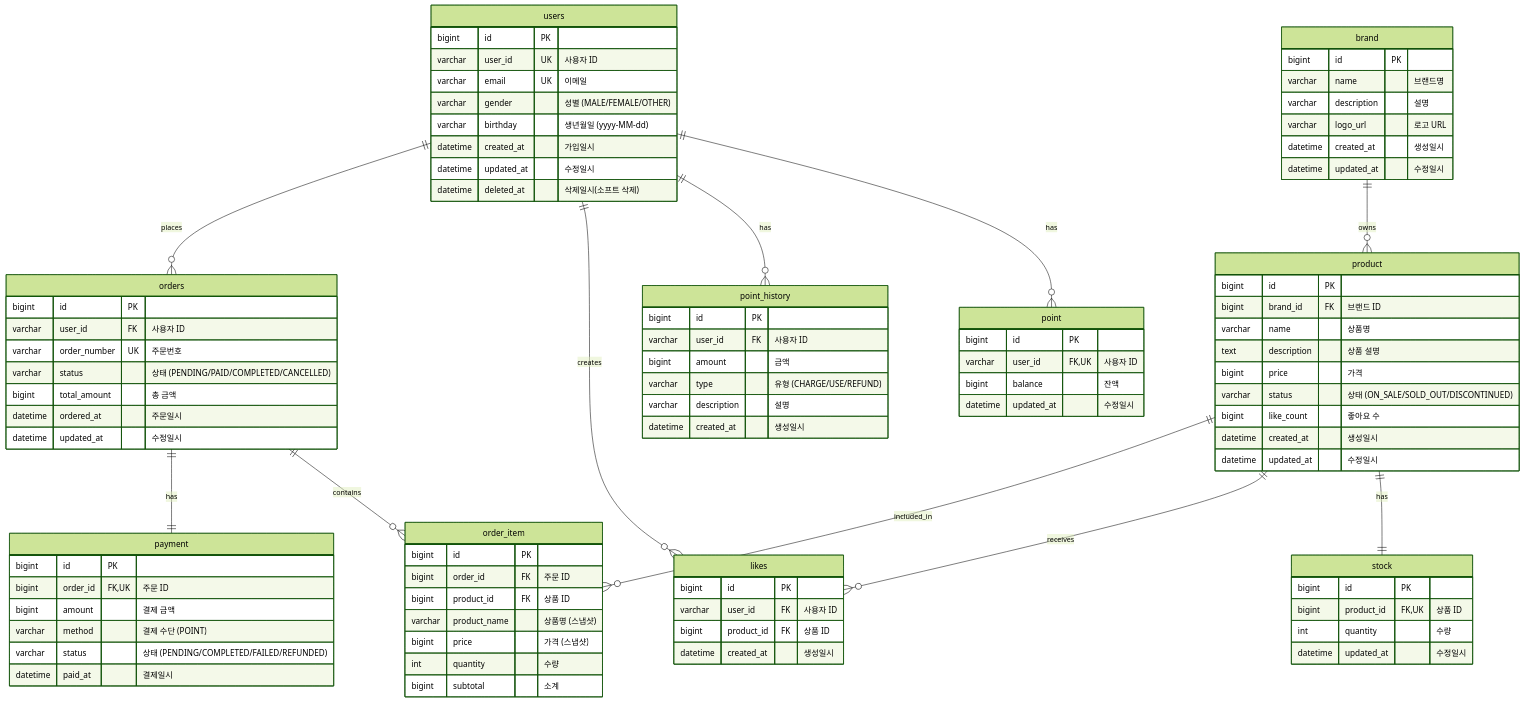
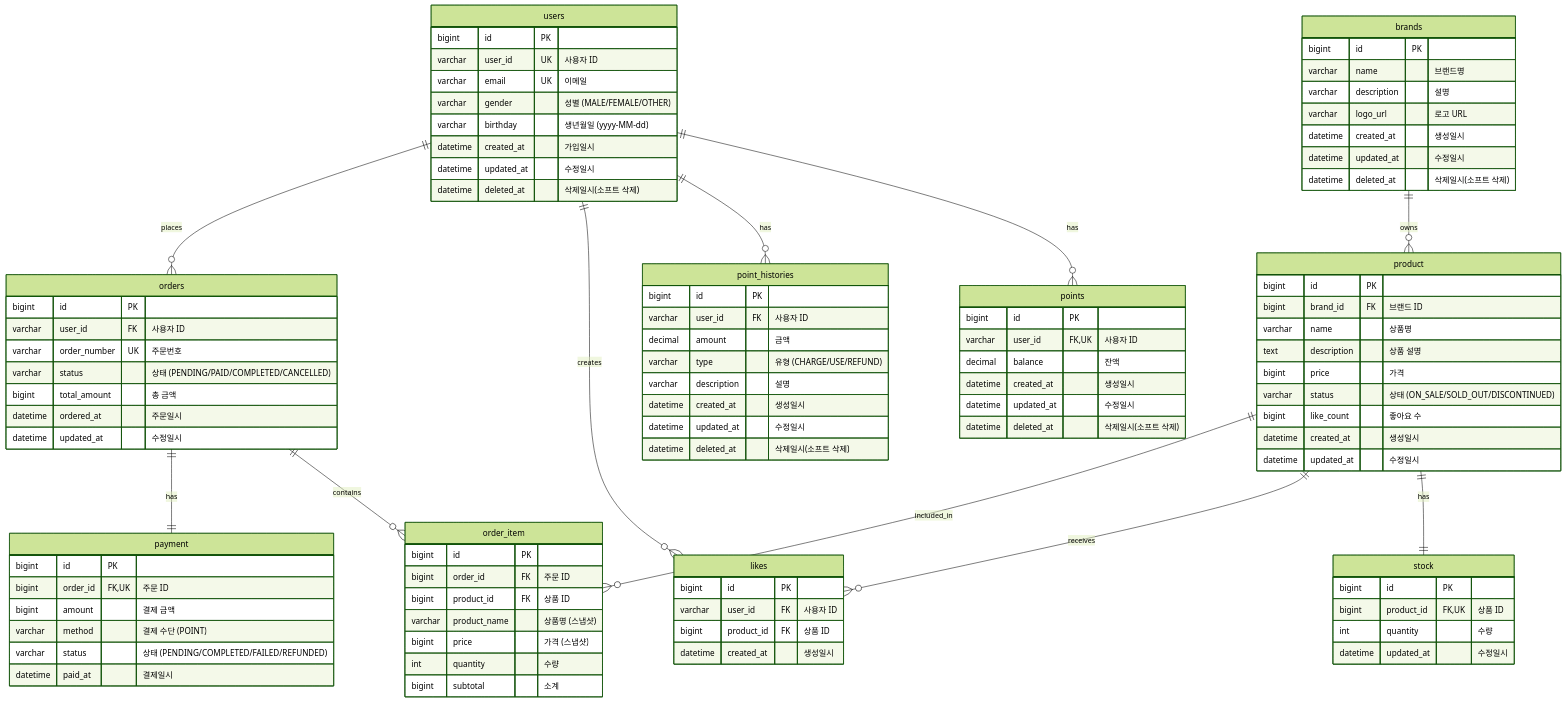
The diagram in docs/04-erd.md (yht0827/my-commerce), drawn with Mermaid (forest theme) before and after one commit. The commit also changed other lines of this file and 18 other files, not shown here.

````diff
--- a/docs/04-erd.md
+++ b/docs/04-erd.md
@@ -24,11 +24,11 @@
 ```mermaid
 erDiagram
-    users ||--o{ point : has
-    users ||--o{ point_history : has
+    users ||--o{ points : has
+    users ||--o{ point_histories : has
     users ||--o{ likes : creates
     users ||--o{ orders : places
 
-    brand ||--o{ product : owns
+    brands ||--o{ product : owns
 
     product ||--|| stock : has
     product ||--o{ likes : receives
@@ -48,29 +48,34 @@
         datetime deleted_at "삭제일시(소프트 삭제)"
     }
 
-    point {
+    points {
         bigint id PK
         varchar user_id FK,UK "사용자 ID"
-        bigint balance "잔액"
+        decimal balance "잔액"
+        datetime created_at "생성일시"
         datetime updated_at "수정일시"
+        datetime deleted_at "삭제일시(소프트 삭제)"
     }
 
-    point_history {
+    point_histories {
         bigint id PK
         varchar user_id FK "사용자 ID"
-        bigint amount "금액"
+        decimal amount "금액"
         varchar type "유형 (CHARGE/USE/REFUND)"
         varchar description "설명"
         datetime created_at "생성일시"
+        datetime updated_at "수정일시"
+        datetime deleted_at "삭제일시(소프트 삭제)"
     }
 
-    brand {
+    brands {
         bigint id PK
         varchar name "브랜드명"
         varchar description "설명"
         varchar logo_url "로고 URL"
         datetime created_at "생성일시"
         datetime updated_at "수정일시"
+        datetime deleted_at "삭제일시(소프트 삭제)"
     }
 
     product {
````
